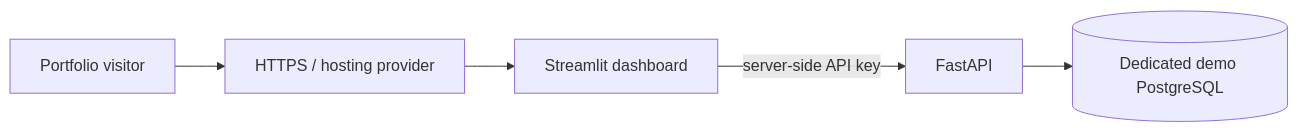
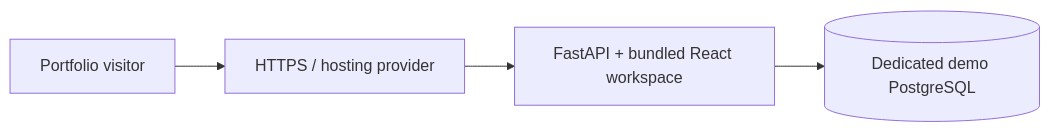
Before and after one commit to EliyahuEden/FlakeGuard: the diagram in docs/DEPLOYMENT.md, drawn with Mermaid. The commit also changed other lines of this file and 49 other files, not shown here.

First line of the commit message:
Replace the Streamlit dashboard with a React and TypeScript workspace

````diff
--- a/docs/DEPLOYMENT.md
+++ b/docs/DEPLOYMENT.md
@@ -18,7 +18,6 @@
 ```mermaid
 flowchart LR
     Visitor[Portfolio visitor] --> TLS[HTTPS / hosting provider]
-    TLS --> Dashboard[Streamlit dashboard]
-    Dashboard -->|server-side API key| API[FastAPI]
+    TLS --> API[FastAPI + bundled React workspace]
     API --> DB[(Dedicated demo PostgreSQL)]
 ```
````
